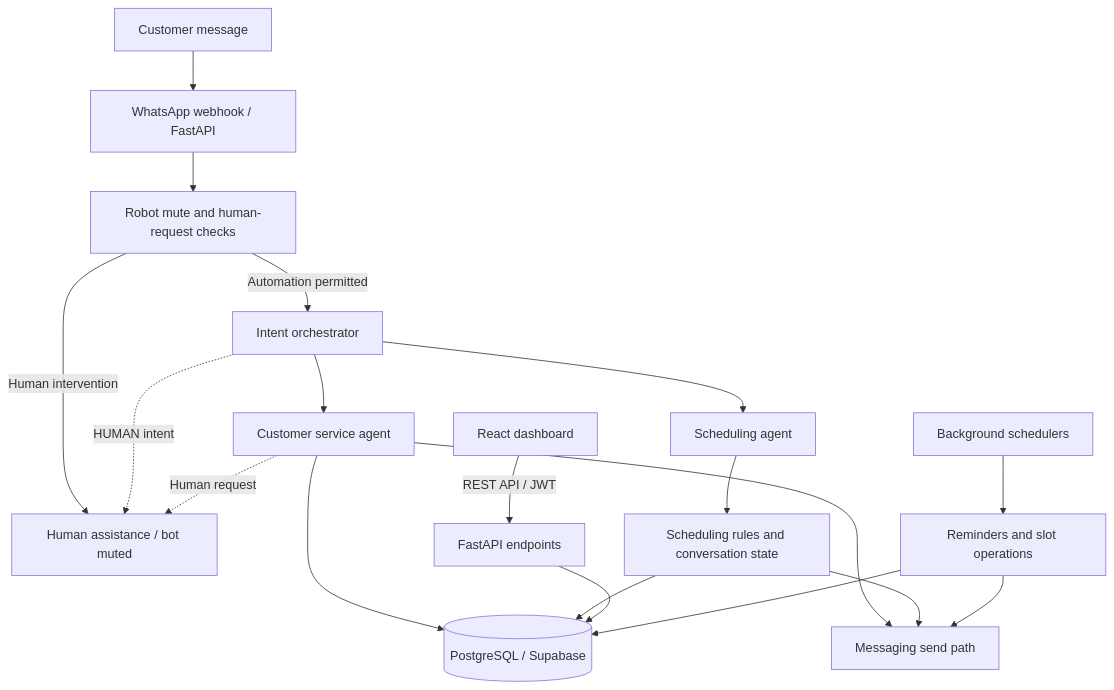
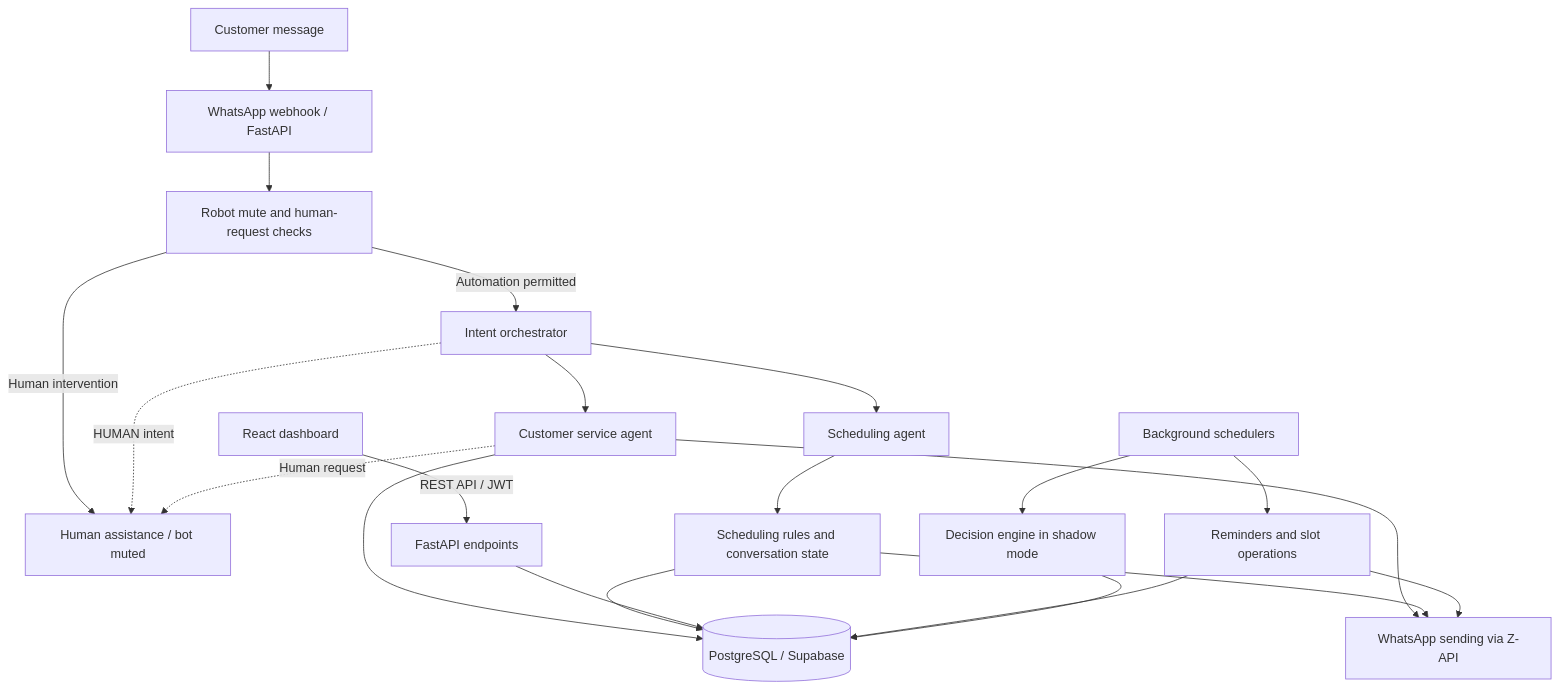
The first of 3 diagrams in README.md (NeusaM21/nexmagni-flow), drawn with Mermaid before and after one commit. The commit also changed other lines of this file and 1 other file, not shown here.

````diff
--- a/README.md
+++ b/README.md
@@ -47,21 +73,23 @@
 ```mermaid
 flowchart TD
     C[Customer message] --> W[WhatsApp webhook / FastAPI]
     W --> H[Robot mute and human-request checks]
     H -->|Automation permitted| O[Intent orchestrator]
     H -->|Human intervention| HUMAN[Human assistance / bot muted]
     O --> S[Customer service agent]
     O --> A[Scheduling agent]
     O -.->|HUMAN intent| HUMAN
     S -.->|Human request| HUMAN
     A --> D[Scheduling rules and conversation state]
     S --> DB[(PostgreSQL / Supabase)]
     D --> DB
-    S --> SEND[Messaging send path]
+    S --> SEND[WhatsApp sending via Z-API]
     D --> SEND
     DASH[React dashboard] -->|REST API / JWT| API[FastAPI endpoints]
     API --> DB
     JOBS[Background schedulers] --> REM[Reminders and slot operations]
     REM --> DB
     REM --> SEND
+    JOBS --> ENG[Decision engine in shadow mode]
+    ENG --> DB
 ```
````
